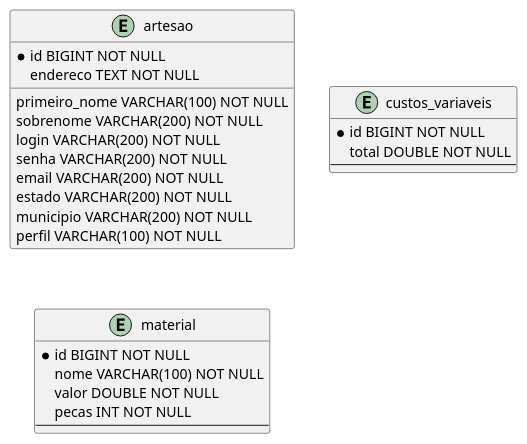
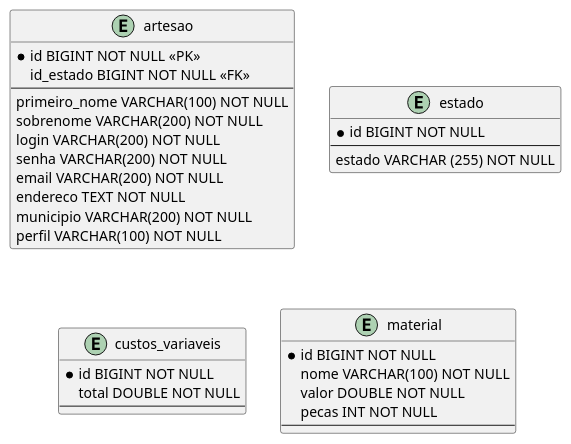
The diagram in modelagem/banco.wsd (galaticghost/precificacao-pecas), drawn with PlantUML before and after one commit.

Commit message:
-- adicionado

```diff
--- a/modelagem/banco.wsd
+++ b/modelagem/banco.wsd
@@ -1,30 +1,38 @@
 @startuml Banco
 
 entity artesao {
-    *id BIGINT NOT NULL
+    *id BIGINT NOT NULL <<PK>>
+    id_estado BIGINT NOT NULL <<FK>>
+    --
     primeiro_nome VARCHAR(100) NOT NULL
     sobrenome VARCHAR(200) NOT NULL
     login VARCHAR(200) NOT NULL
     senha VARCHAR(200) NOT NULL
     email VARCHAR(200) NOT NULL
     endereco TEXT NOT NULL
-    estado VARCHAR(200) NOT NULL
     municipio VARCHAR(200) NOT NULL
     perfil VARCHAR(100) NOT NULL
 }
+
+entity estado {
+    *id BIGINT NOT NULL
+    --
+    estado VARCHAR (255) NOT NULL
+}
+
 
 entity custos_variaveis {
     *id BIGINT NOT NULL
     total DOUBLE NOT NULL
     --
 }
 
 entity material {
     *id BIGINT NOT NULL
     nome VARCHAR(100) NOT NULL
     valor DOUBLE NOT NULL
     pecas INT NOT NULL
     --
 }
 
 @enduml
```
